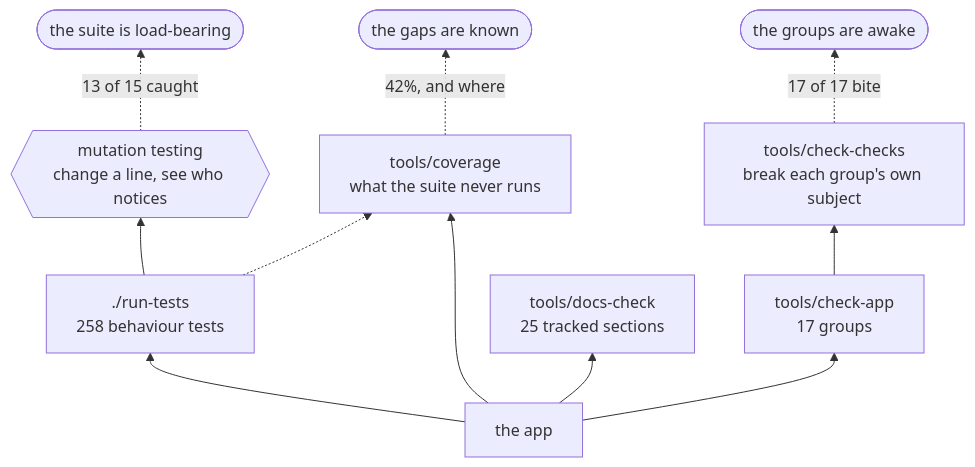
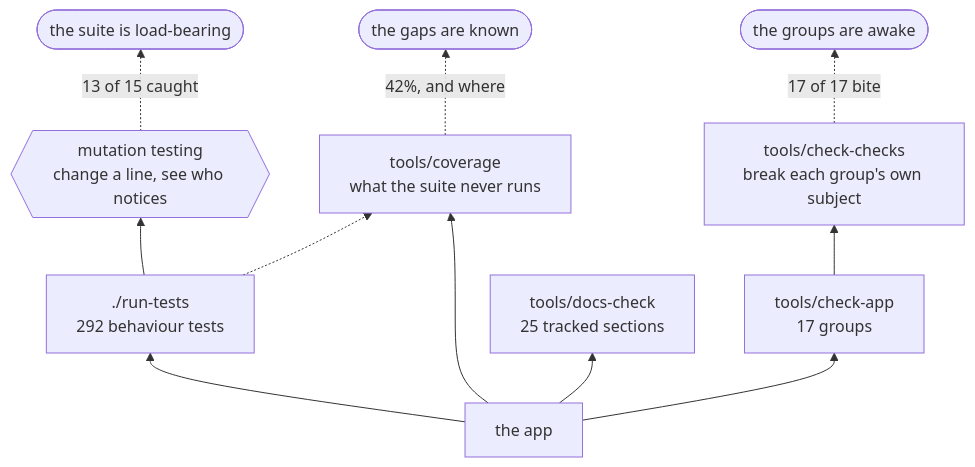
The second of 2 diagrams in docs/DEVELOPING.md (minormending/crystal-pilot-mobile), drawn with Mermaid before and after one commit. The commit also changed 6 other files, not shown here.

````diff
--- a/docs/DEVELOPING.md
+++ b/docs/DEVELOPING.md
@@ -118,13 +118,13 @@
 ```mermaid
 flowchart BT
-    C["the app"] --> T["./run-tests<br/>258 behaviour tests"]
+    C["the app"] --> T["./run-tests<br/>292 behaviour tests"]
     C --> A["tools/check-app<br/>17 groups"]
     C --> D["tools/docs-check<br/>25 tracked sections"]
     C --> V["tools/coverage<br/>what the suite never runs"]
     T --> M{{"mutation testing<br/>change a line, see who notices"}}
     A --> K["tools/check-checks<br/>break each group's own subject"]
     T -.-> V
     M -.->|"13 of 15 caught"| R(["the suite is load-bearing"])
     K -.->|"17 of 17 bite"| R2(["the groups are awake"])
     V -.->|"42%, and where"| R3(["the gaps are known"])
 ```
````
